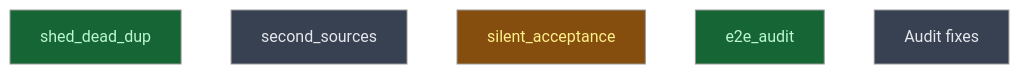
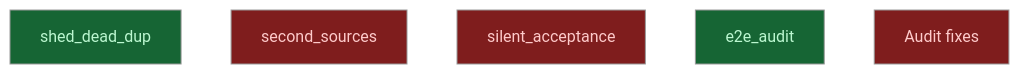
One commit to CrackingShells/Candler changed the diagram in __roadmap__/diet/shed/README.md. Above: the diagram before and after it, drawn with Mermaid (neutral theme). The commit also changed other lines of this file and 3 other files, not shown here.

````diff
--- a/__roadmap__/diet/shed/README.md
+++ b/__roadmap__/diet/shed/README.md
@@ -19,13 +19,13 @@
 ```mermaid
 graph TD
     shed_dead_dup[shed_dead_dup]:::done
-    second_sources[second_sources]:::planned
-    silent_acceptance[silent_acceptance]:::inprogress
+    second_sources[second_sources]:::blocked
+    silent_acceptance[silent_acceptance]:::blocked
     e2e_audit[e2e_audit]:::done
-    fix[Audit fixes]:::planned
+    fix[Audit fixes]:::blocked
     classDef done       fill:#166534,color:#bbf7d0
     classDef inprogress fill:#854d0e,color:#fef08a
     classDef planned    fill:#374151,color:#e5e7eb
     classDef amendment  fill:#1e3a5f,color:#bfdbfe
     classDef blocked    fill:#7f1d1d,color:#fecaca
 ```
````
